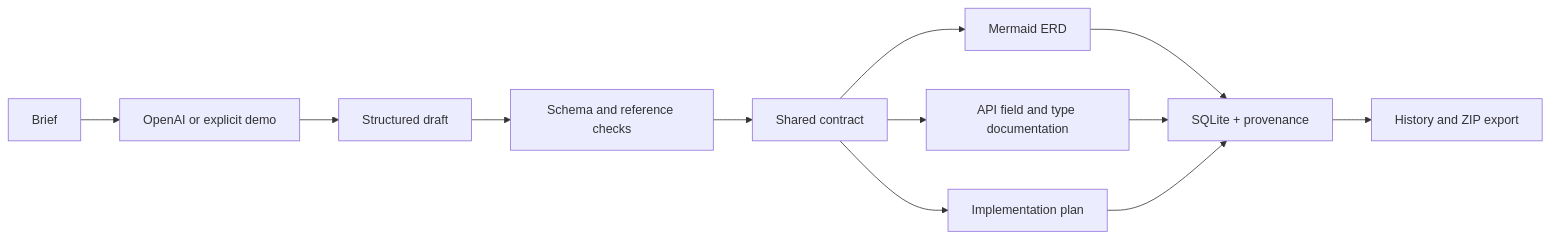
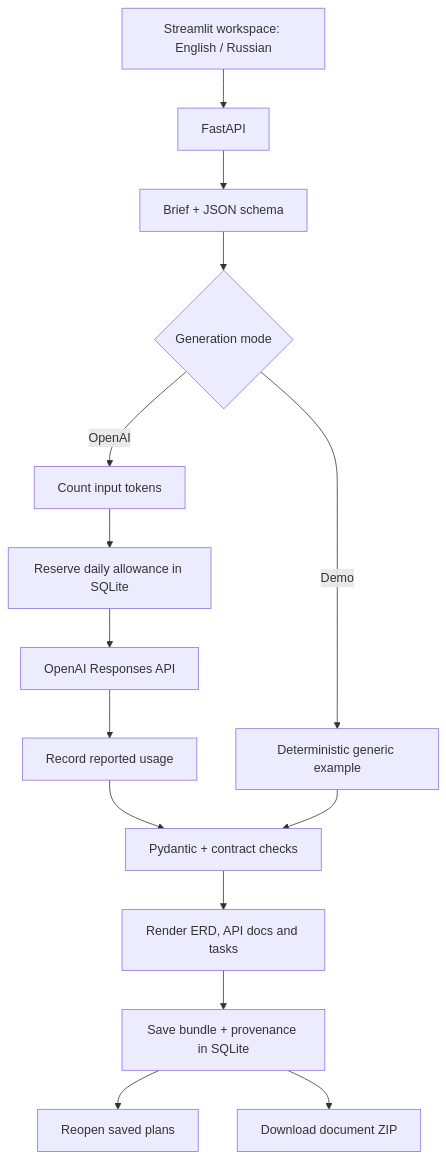
The diagram in README.md (shibumi2906/MVP_generator), drawn with Mermaid before and after one commit. The commit also changed other lines of this file and 18 other files, not shown here.

Commit message:
Add bilingual workspace, token budget and portfolio documentation

````diff
--- a/README.md
+++ b/README.md
@@ -80,14 +34,17 @@
 ```mermaid
-flowchart LR
-    Brief --> Provider[OpenAI or explicit demo]
-    Provider --> Draft[Structured draft]
-    Draft --> Validation[Schema and reference checks]
-    Validation --> Contract[Shared contract]
-    Contract --> ERD[Mermaid ERD]
-    Contract --> API[API field and type documentation]
-    Contract --> Tasks[Implementation plan]
-    ERD --> Save[SQLite + provenance]
-    API --> Save
-    Tasks --> Save
-    Save --> Workspace[History and ZIP export]
+flowchart TD
+    UI[Streamlit workspace: English / Russian] --> API[FastAPI]
+    API --> Prompt[Brief + JSON schema]
+    Prompt --> Mode{Generation mode}
+    Mode -->|OpenAI| Count[Count input tokens]
+    Count --> Budget[Reserve daily allowance in SQLite]
+    Budget --> LLM[OpenAI Responses API]
+    LLM --> Usage[Record reported usage]
+    Usage --> Validate[Pydantic + contract checks]
+    Mode -->|Demo| Demo[Deterministic generic example]
+    Demo --> Validate
+    Validate --> Render[Render ERD, API docs and tasks]
+    Render --> Store[Save bundle + provenance in SQLite]
+    Store --> History[Reopen saved plans]
+    Store --> ZIP[Download document ZIP]
 ```
````
